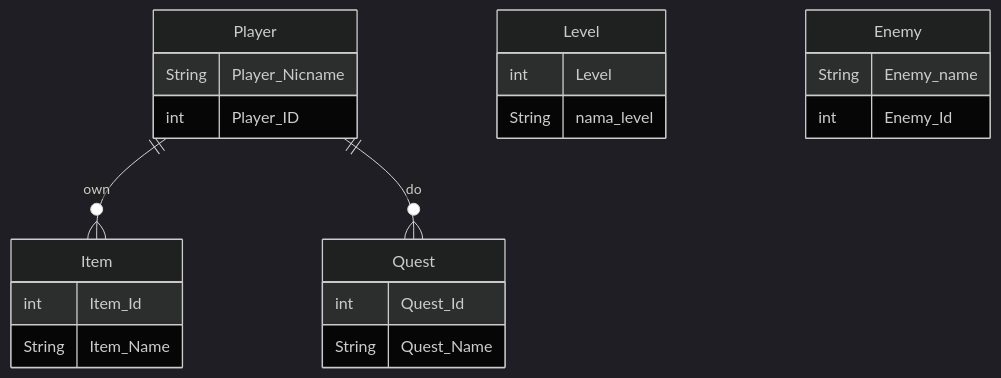
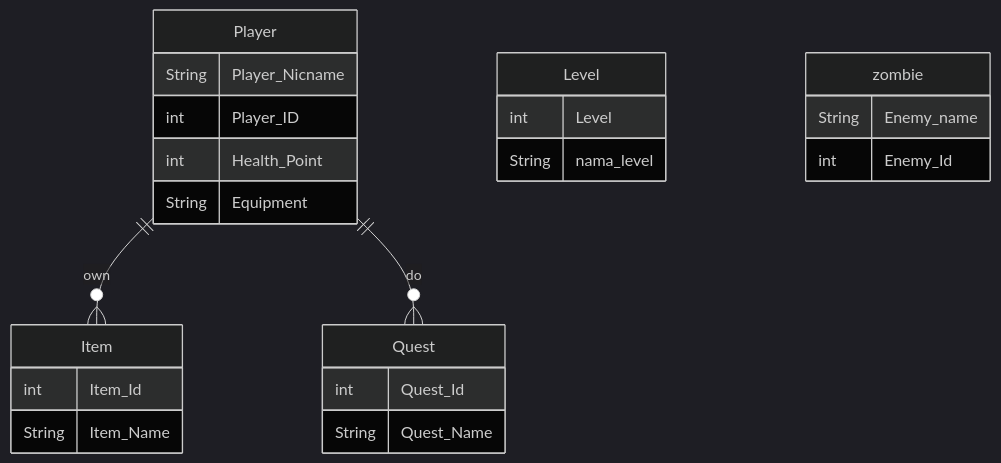
Before and after one commit to keeaanoo/Pengenalan-Informatika: the first of 2 diagrams in UTS.md, drawn with Mermaid (dark theme).

````diff
--- a/UTS.md
+++ b/UTS.md
@@ -55,26 +55,28 @@
 ```mermaid
 erDiagram
  Player{
         String  Player_Nicname
         int     Player_ID
+        int     Health_Point
+        String  Equipment
     }
  Item{
         int     Item_Id
         String     Item_Name
     }
 Quest{
         int    Quest_Id
         String    Quest_Name
     }
 Level{
         int    Level
         String    nama_level
     }
-Enemy{
+zombie{
         String    Enemy_name
         int    Enemy_Id
     }
 
     Player||--o{Item : own
     Player||--o{Quest : do
  ```
````
